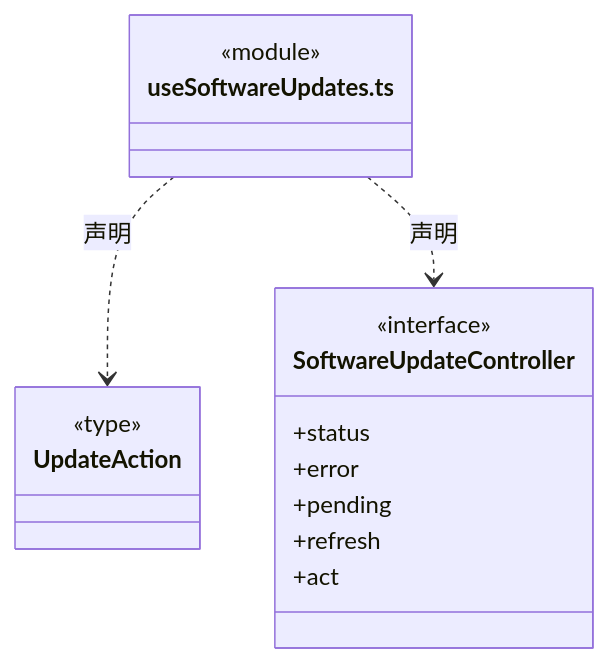
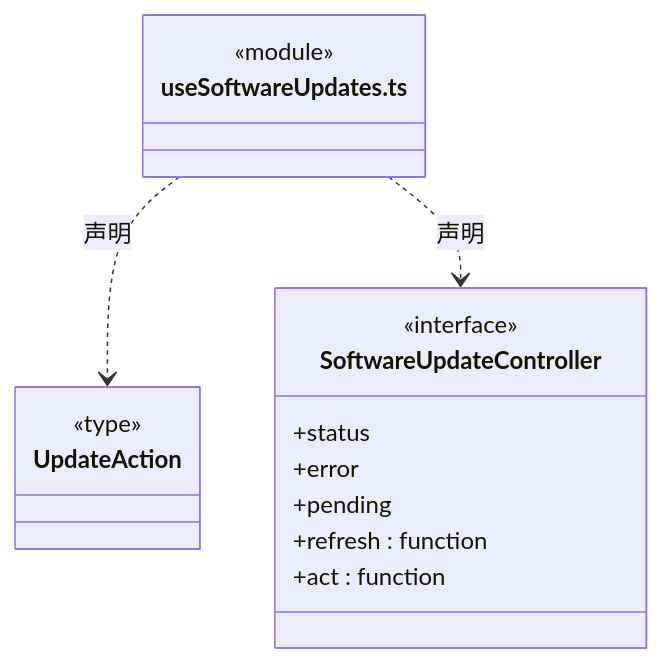
The sixth of 8 diagrams in src/view/updates/ARCHITECTURE.md (nan023062/cbim), drawn with Mermaid before and after one commit. The commit also changed other lines of this file and 137 other files, not shown here.

Commit message:
fix: align architecture generator with documentation standards

````diff
--- a/src/view/updates/ARCHITECTURE.md
+++ b/src/view/updates/ARCHITECTURE.md
@@ -140,20 +150,20 @@
 ```mermaid
 classDiagram
 class N_src_view_updates_useSoftwareUpdates_ts["useSoftwareUpdates.ts"] {
   <<module>>
 }
 class N_src_view_updates_useSoftwareUpdates_ts_UpdateAction["UpdateAction"] {
   <<type>>
 
 }
 N_src_view_updates_useSoftwareUpdates_ts ..> N_src_view_updates_useSoftwareUpdates_ts_UpdateAction : 声明
 class N_src_view_updates_useSoftwareUpdates_ts_SoftwareUpdateController["SoftwareUpdateController"] {
   <<interface>>
   +status
   +error
   +pending
-  +refresh
-  +act
+  +refresh : function
+  +act : function
 }
 N_src_view_updates_useSoftwareUpdates_ts ..> N_src_view_updates_useSoftwareUpdates_ts_SoftwareUpdateController : 声明
 ```
````
